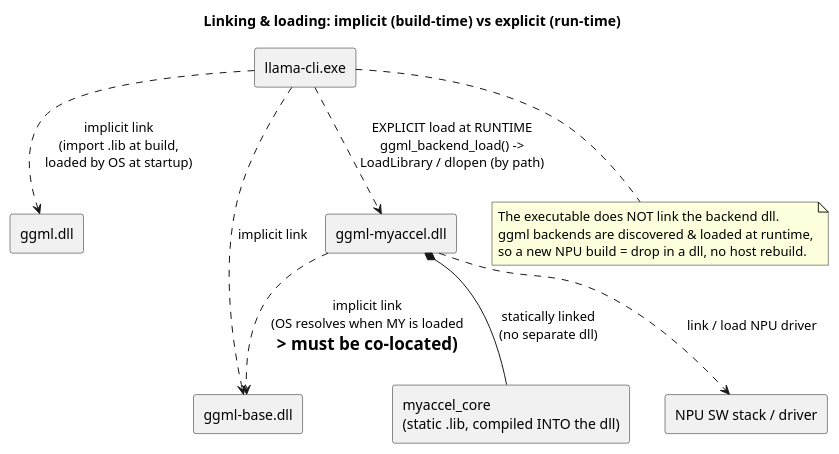
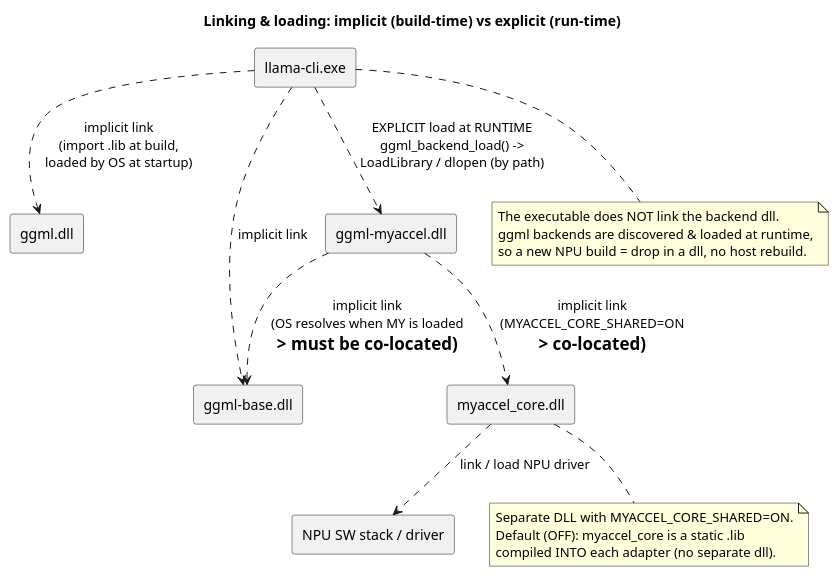
The first of 4 diagrams in shared_backend/docs/llama_integration.puml (froginaz/onnxruntime), drawn with PlantUML before and after one commit. The commit also changed 2 other files, not shown here.

Commit message:
Document & verify separate myaccel_core.dll (MYACCEL_CORE_SHARED=ON)
Build the core as its own DLL instead of static-linking it into each adapter:
- CMake: add a shared-core build example + STATUS message; note the
  dllexport/dllimport macro intent and WINDOWS_EXPORT_ALL_SYMBOLS OFF
- update linking diagram (puml + mermaid) to show myaccel_core.dll as a
  separate, co-located DLL with a note about the static default
- add build instructions and the runtime co-location requirement

Verified on Linux: libmyaccel_core.so exports npu_model_load / myaccel::*, the
ort_ep adapter imports them (undefined refs) and lists libmyaccel_core.so as a
NEEDED dependency, while still exporting only CreateEpFactories/ReleaseEpFactory.

```diff
--- a/shared_backend/docs/llama_integration.puml
+++ b/shared_backend/docs/llama_integration.puml
@@ -11,25 +11,31 @@
 @startuml linking_overview
 title Linking & loading: implicit (build-time) vs explicit (run-time)
 skinparam componentStyle rectangle
 skinparam shadowing false
 
 [llama-cli.exe] as EXE
 [ggml.dll] as GGML
 [ggml-base.dll] as BASE
 [ggml-myaccel.dll] as MY
-component "myaccel_core\n(static .lib, compiled INTO the dll)" as CORE
+[myaccel_core.dll] as CORE
 [NPU SW stack / driver] as SDK
 
 EXE ..> GGML  : implicit link\n(import .lib at build,\nloaded by OS at startup)
 EXE ..> BASE  : implicit link
 EXE ..>  MY   : EXPLICIT load at RUNTIME\nggml_backend_load() ->\nLoadLibrary / dlopen (by path)
 MY  ..> BASE  : implicit link\n(OS resolves when MY is loaded\n=> must be co-located)
-MY  *-- CORE  : statically linked\n(no separate dll)
-MY  ..> SDK   : link / load NPU driver
+MY  ..> CORE  : implicit link\n(MYACCEL_CORE_SHARED=ON\n=> co-located)
+CORE ..> SDK  : link / load NPU driver
 
 note bottom of EXE
   The executable does NOT link the backend dll.
   ggml backends are discovered & loaded at runtime,
   so a new NPU build = drop in a dll, no host rebuild.
 end note
+
+note bottom of CORE
+  Separate DLL with MYACCEL_CORE_SHARED=ON.
+  Default (OFF): myaccel_core is a static .lib
+  compiled INTO each adapter (no separate dll).
+end note
 @enduml
```
